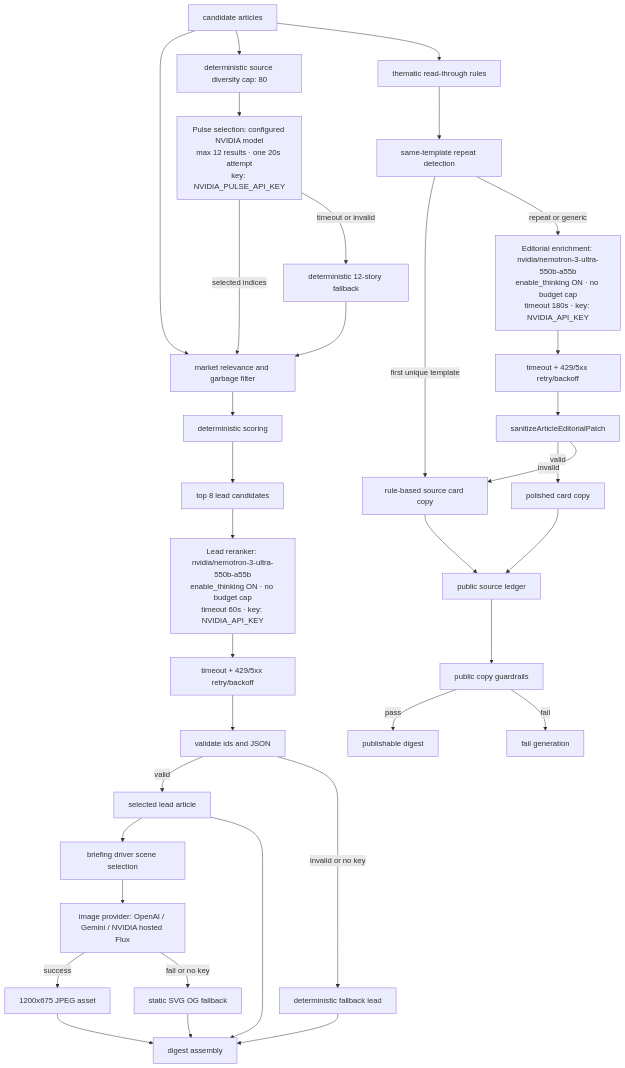
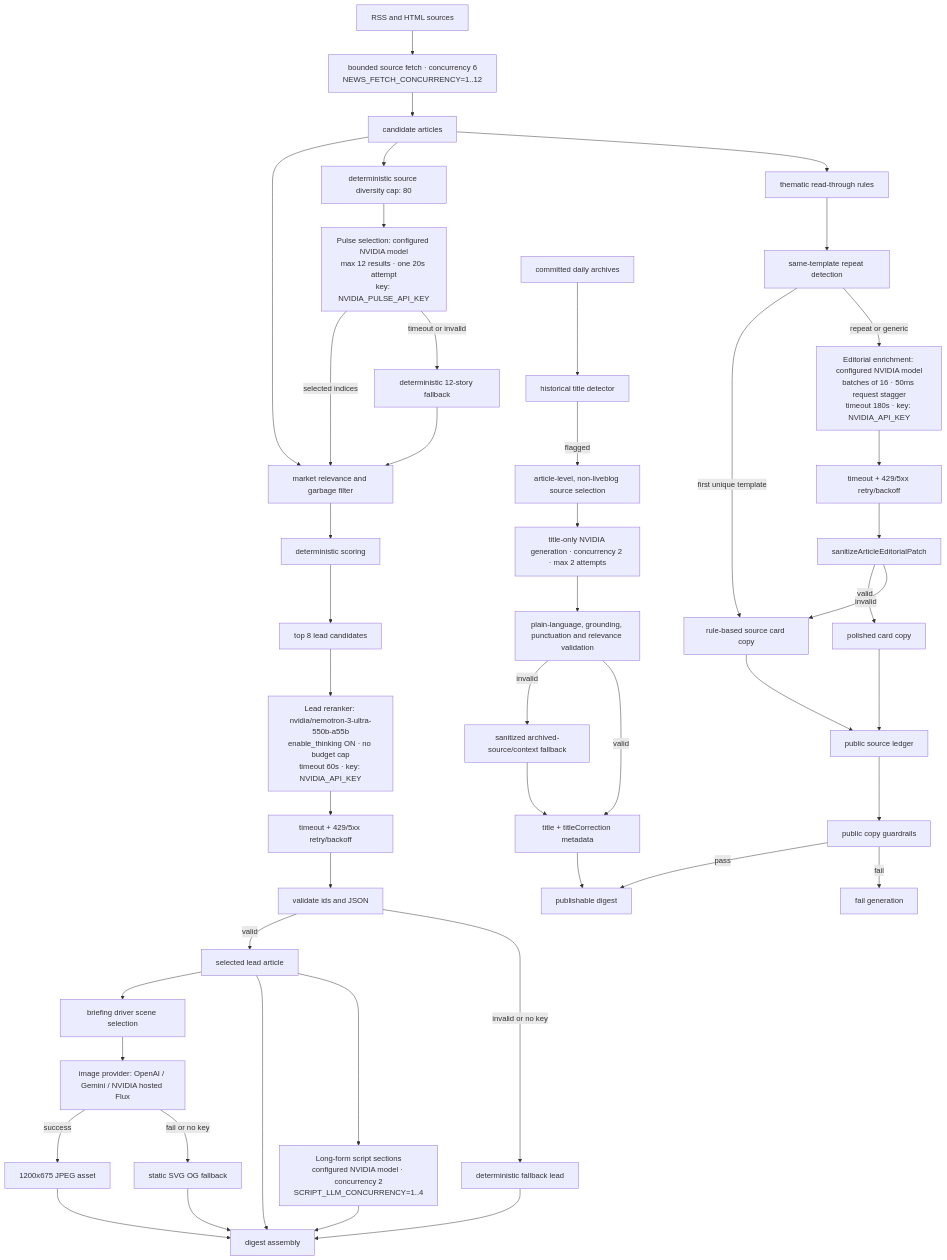
The diagram in context/architecture-diagrams/03-llm-enrichment-pipeline.mmd (Abheydeep/marketNews), drawn with Mermaid before and after one commit. The commit also changed 79 other files, not shown here.

```diff
--- a/context/architecture-diagrams/03-llm-enrichment-pipeline.mmd
+++ b/context/architecture-diagrams/03-llm-enrichment-pipeline.mmd
@@ -1,39 +1,52 @@
 flowchart TD
+  Sources["RSS and HTML sources"] --> SourceFetch["bounded source fetch · concurrency 6\nNEWS_FETCH_CONCURRENCY=1..12"]
+  SourceFetch --> Articles
   Articles["candidate articles"] --> Filter["market relevance and garbage filter"]
   Filter --> Score["deterministic scoring"]
   Score --> Shortlist["top 8 lead candidates"]
 
   Articles --> PulseCap["deterministic source diversity cap: 80"]
   PulseCap --> PulseAgent["Pulse selection: configured NVIDIA model\nmax 12 results · one 20s attempt\nkey: NVIDIA_PULSE_API_KEY"]
   PulseAgent -->|selected indices| Filter
   PulseAgent -->|timeout or invalid| PulseFallback["deterministic 12-story fallback"]
   PulseFallback --> Filter
 
   Shortlist --> LeadAgent["Lead reranker: nvidia/nemotron-3-ultra-550b-a55b\nenable_thinking ON · no budget cap\ntimeout 60s · key: NVIDIA_API_KEY"]
   LeadAgent --> RetryLead["timeout + 429/5xx retry/backoff"]
   RetryLead --> ValidateLead["validate ids and JSON"]
   ValidateLead -->|valid| Lead["selected lead article"]
   ValidateLead -->|invalid or no key| DeterministicLead["deterministic fallback lead"]
 
   Articles --> Templates["thematic read-through rules"]
   Templates --> RepeatCheck["same-template repeat detection"]
   RepeatCheck -->|first unique template| DeterministicCopy["rule-based source card copy"]
-  RepeatCheck -->|repeat or generic| EditorialAgent["Editorial enrichment: nvidia/nemotron-3-ultra-550b-a55b\nenable_thinking ON · no budget cap\ntimeout 180s · key: NVIDIA_API_KEY"]
+  RepeatCheck -->|repeat or generic| EditorialAgent["Editorial enrichment: configured NVIDIA model\nbatches of 16 · 50ms request stagger\ntimeout 180s · key: NVIDIA_API_KEY"]
   EditorialAgent --> RetryEditorial["timeout + 429/5xx retry/backoff"]
   RetryEditorial --> Sanitize["sanitizeArticleEditorialPatch"]
   Sanitize -->|valid| Polished["polished card copy"]
   Sanitize -->|invalid| DeterministicCopy
   Lead --> ImageScene["briefing driver scene selection"]
   ImageScene --> ImageModel["image provider: OpenAI / Gemini / NVIDIA hosted Flux"]
   ImageModel -->|success| OgJpeg["1200x675 JPEG asset"]
   ImageModel -->|fail or no key| OgFallback["static SVG OG fallback"]
 
   Lead --> Digest["digest assembly"]
   DeterministicLead --> Digest
   OgJpeg --> Digest
   OgFallback --> Digest
+  Lead --> ScriptAgent["Long-form script sections\nconfigured NVIDIA model · concurrency 2\nSCRIPT_LLM_CONCURRENCY=1..4"]
+  ScriptAgent --> Digest
   Polished --> SourceLedger["public source ledger"]
   DeterministicCopy --> SourceLedger
   SourceLedger --> CopyGuard["public copy guardrails"]
   CopyGuard -->|pass| Publishable["publishable digest"]
   CopyGuard -->|fail| Stop["fail generation"]
+
+  Archive["committed daily archives"] --> TitleDetector["historical title detector"]
+  TitleDetector -->|flagged| EligibleLead["article-level, non-liveblog source selection"]
+  EligibleLead --> TitleAgent["title-only NVIDIA generation · concurrency 2 · max 2 attempts"]
+  TitleAgent --> TitleValidate["plain-language, grounding, punctuation and relevance validation"]
+  TitleValidate -->|invalid| SourceFallback["sanitized archived-source/context fallback"]
+  TitleValidate -->|valid| Correction["title + titleCorrection metadata"]
+  SourceFallback --> Correction
+  Correction --> Publishable
```
